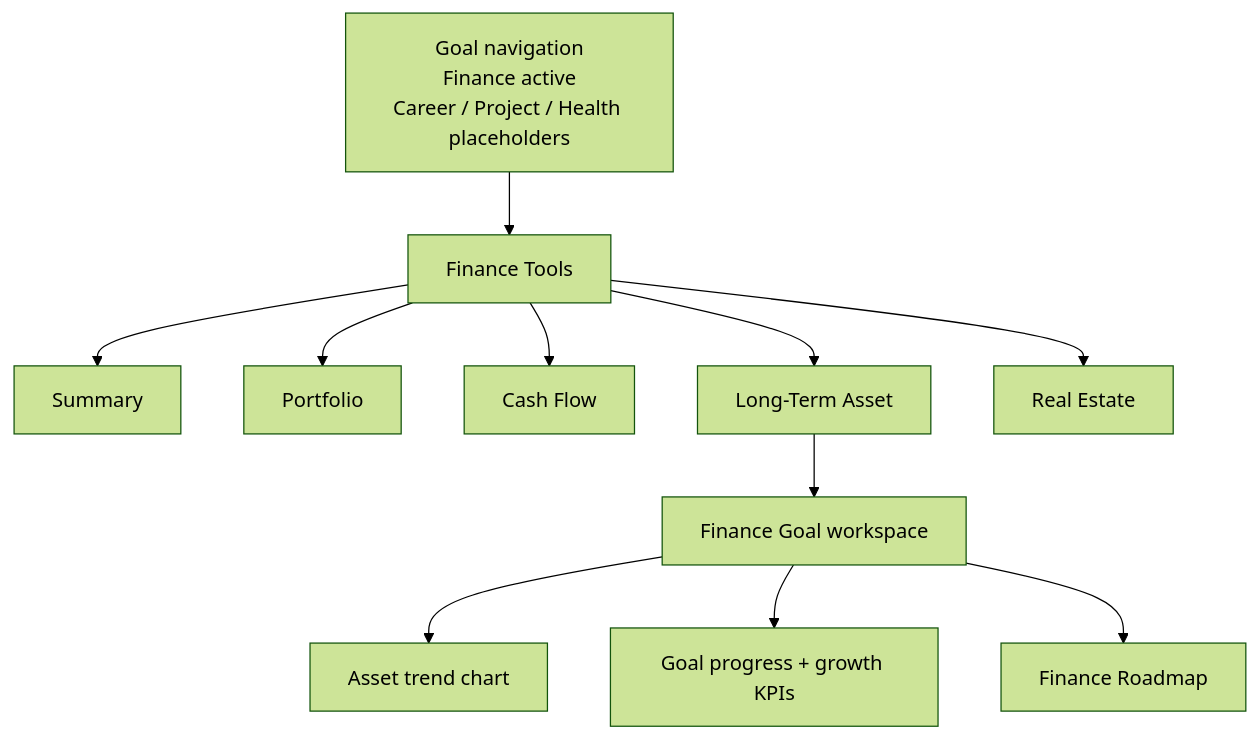
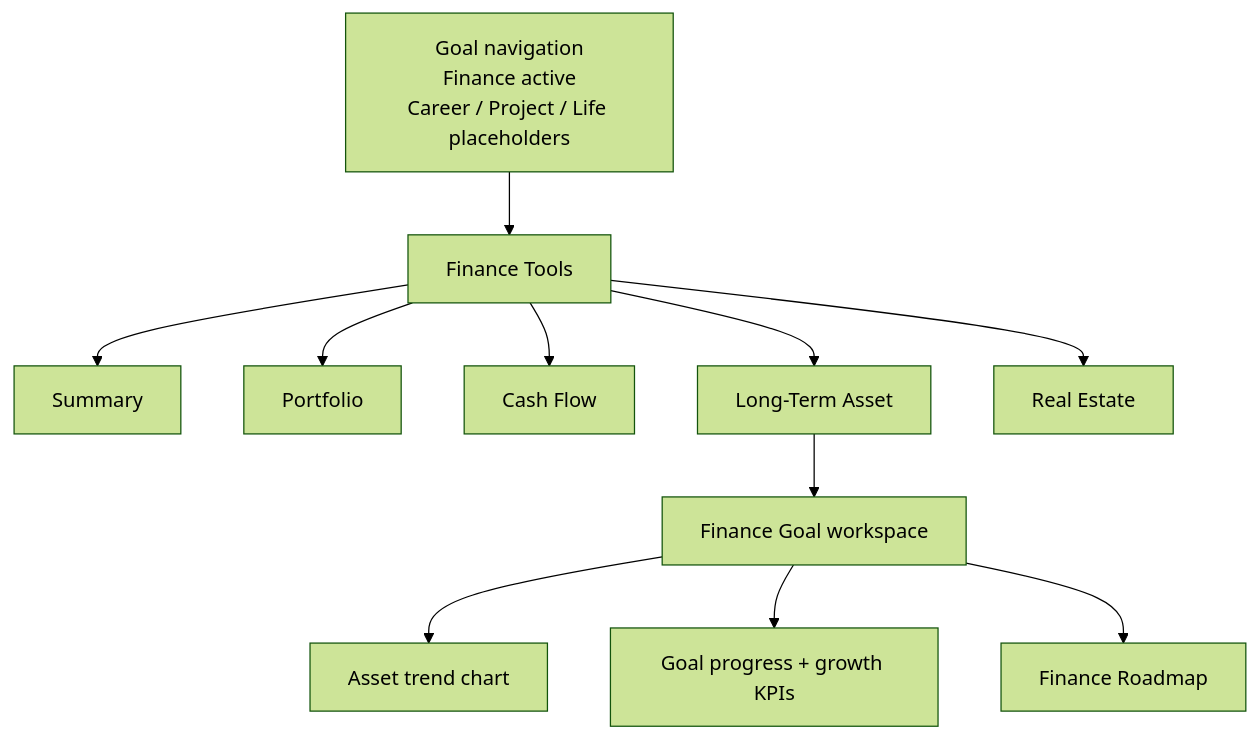
Before and after one commit to ksg0694-ops/NetVisualizer: the third of 3 diagrams in docs/02-design/asset-trend-redesign-slice.md, drawn with Mermaid (forest theme). The commit also changed other lines of this file and 4 other files, not shown here.

Commit message:
Add Life goal tools

````diff
--- a/docs/02-design/asset-trend-redesign-slice.md
+++ b/docs/02-design/asset-trend-redesign-slice.md
@@ -51,14 +51,14 @@
 ```mermaid
 flowchart TD
-    GoalNav["Goal navigation\nFinance active\nCareer / Project / Health placeholders"] --> FinanceTools["Finance Tools"]
+    GoalNav["Goal navigation\nFinance active\nCareer / Project / Life placeholders"] --> FinanceTools["Finance Tools"]
     FinanceTools --> Summary["Summary"]
     FinanceTools --> Portfolio["Portfolio"]
     FinanceTools --> CashFlow["Cash Flow"]
     FinanceTools --> AssetTrend["Long-Term Asset"]
     FinanceTools --> RealEstate["Real Estate"]
 
     AssetTrend --> AssetWorkspace["Finance Goal workspace"]
     AssetWorkspace --> AssetChart["Asset trend chart"]
     AssetWorkspace --> AssetKPIs["Goal progress + growth KPIs"]
     AssetWorkspace --> Roadmap["Finance Roadmap"]
 ```
````
